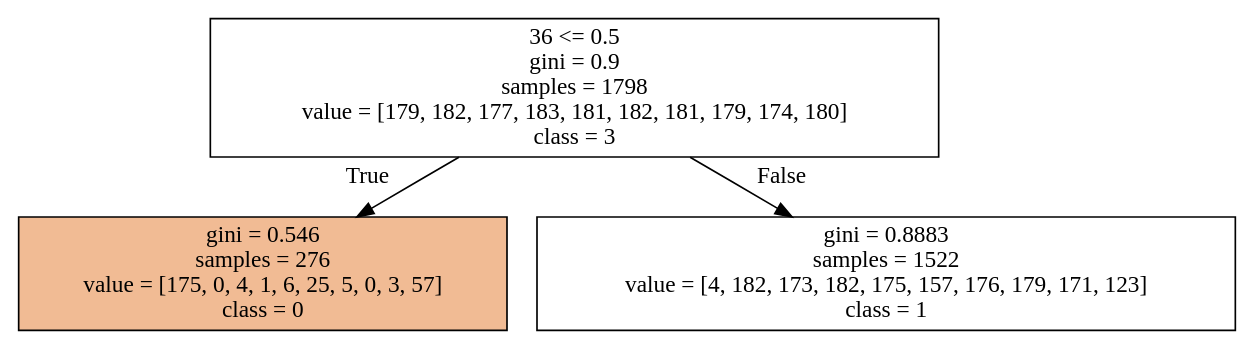
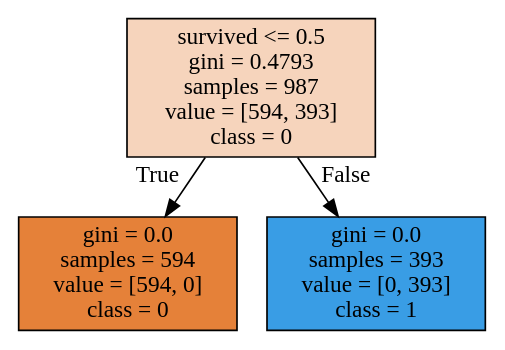
The diagram in hw5/tree1.dot (abbyschantz/cs35), drawn with Graphviz before and after one commit. The commit also changed 6 other files, not shown here.

```diff
--- a/hw5/tree1.dot
+++ b/hw5/tree1.dot
@@ -1,11 +1,11 @@
 digraph Tree {
 node [shape=box, style="filled", color="black"] ;
 graph [ranksep=equally, splines=polyline] ;
-0 [label="36 <= 0.5\ngini = 0.9\nsamples = 1798\nvalue = [179, 182, 177, 183, 181, 182, 181, 179, 174, 180]\nclass = 3", fillcolor="#39e55e00"] ;
-1 [label="gini = 0.546\nsamples = 276\nvalue = [175, 0, 4, 1, 6, 25, 5, 0, 3, 57]\nclass = 0", fillcolor="#e5813989"] ;
+0 [label="survived <= 0.5\ngini = 0.4793\nsamples = 987\nvalue = [594, 393]\nclass = 0", fillcolor="#e5813956"] ;
+1 [label="gini = 0.0\nsamples = 594\nvalue = [594, 0]\nclass = 0", fillcolor="#e58139ff"] ;
 0 -> 1 [labeldistance=2.5, labelangle=45, headlabel="True"] ;
-2 [label="gini = 0.8883\nsamples = 1522\nvalue = [4, 182, 173, 182, 175, 157, 176, 179, 171, 123]\nclass = 1", fillcolor="#e2e53900"] ;
+2 [label="gini = 0.0\nsamples = 393\nvalue = [0, 393]\nclass = 1", fillcolor="#399de5ff"] ;
 0 -> 2 [labeldistance=2.5, labelangle=-45, headlabel="False"] ;
 {rank=same ; 0} ;
 {rank=same ; 1; 2} ;
 }
```
